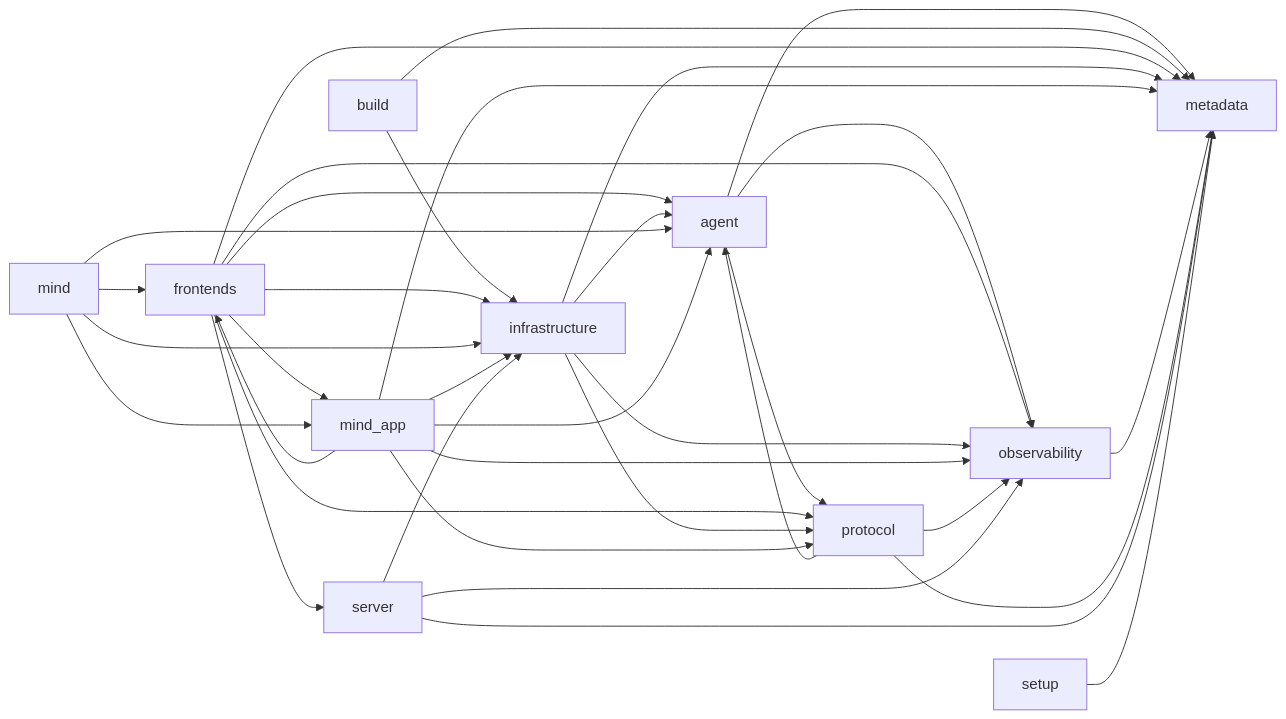
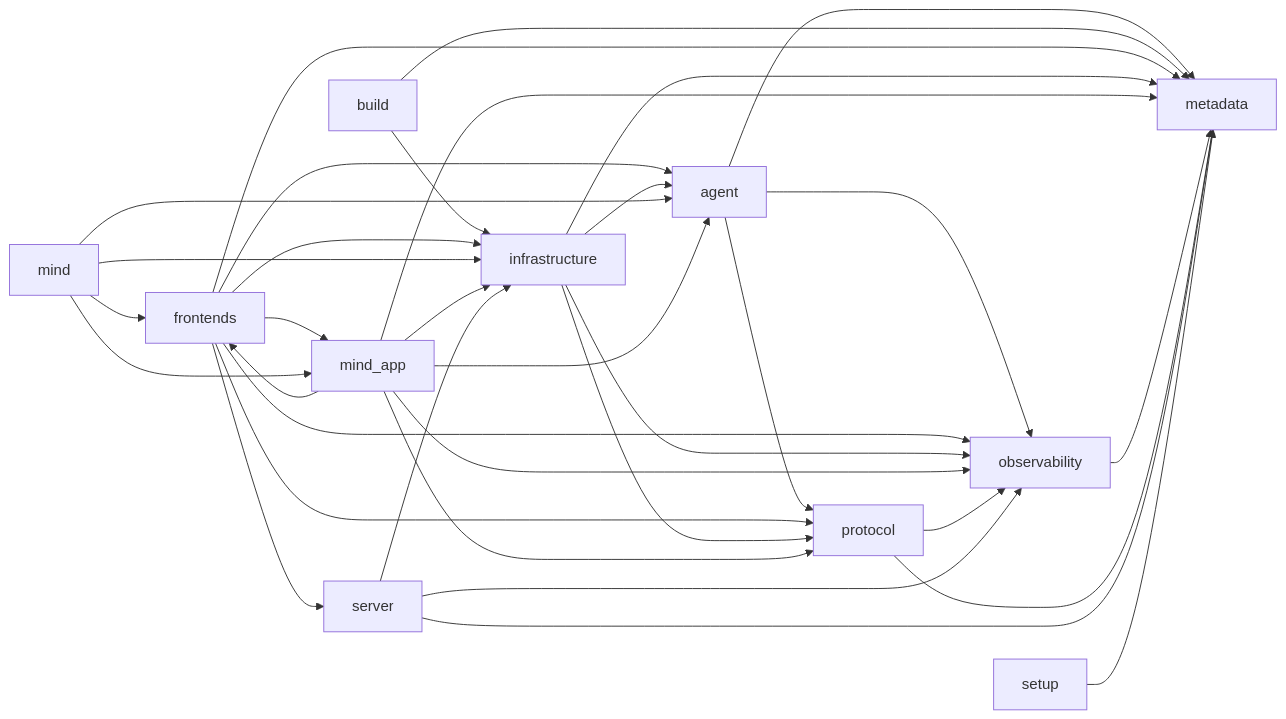
Before and after one commit to AxionixLabs/ProxyMind: the diagram in AGENT_RUNTIME_IMPORT_GRAPH.md, drawn with Mermaid. The commit also changed other lines of this file and 45 other files, not shown here.

Commit message:
split interaction ownership across architecture

````diff
--- a/AGENT_RUNTIME_IMPORT_GRAPH.md
+++ b/AGENT_RUNTIME_IMPORT_GRAPH.md
@@ -15,37 +15,36 @@
 ```mermaid
 flowchart LR
     agent --> metadata
     agent --> observability
     agent --> protocol
     build --> infrastructure
     build --> metadata
     frontends --> agent
     frontends --> infrastructure
     frontends --> metadata
     frontends --> mind_app
     frontends --> observability
     frontends --> protocol
     frontends --> server
     infrastructure --> agent
     infrastructure --> metadata
     infrastructure --> observability
     infrastructure --> protocol
     mind --> agent
     mind --> frontends
     mind --> infrastructure
     mind --> mind_app
     mind_app --> agent
     mind_app --> frontends
     mind_app --> infrastructure
     mind_app --> metadata
     mind_app --> observability
     mind_app --> protocol
     observability --> metadata
-    protocol --> agent
     protocol --> metadata
     protocol --> observability
     server --> infrastructure
     server --> metadata
     server --> observability
     setup --> metadata
 ```
````
